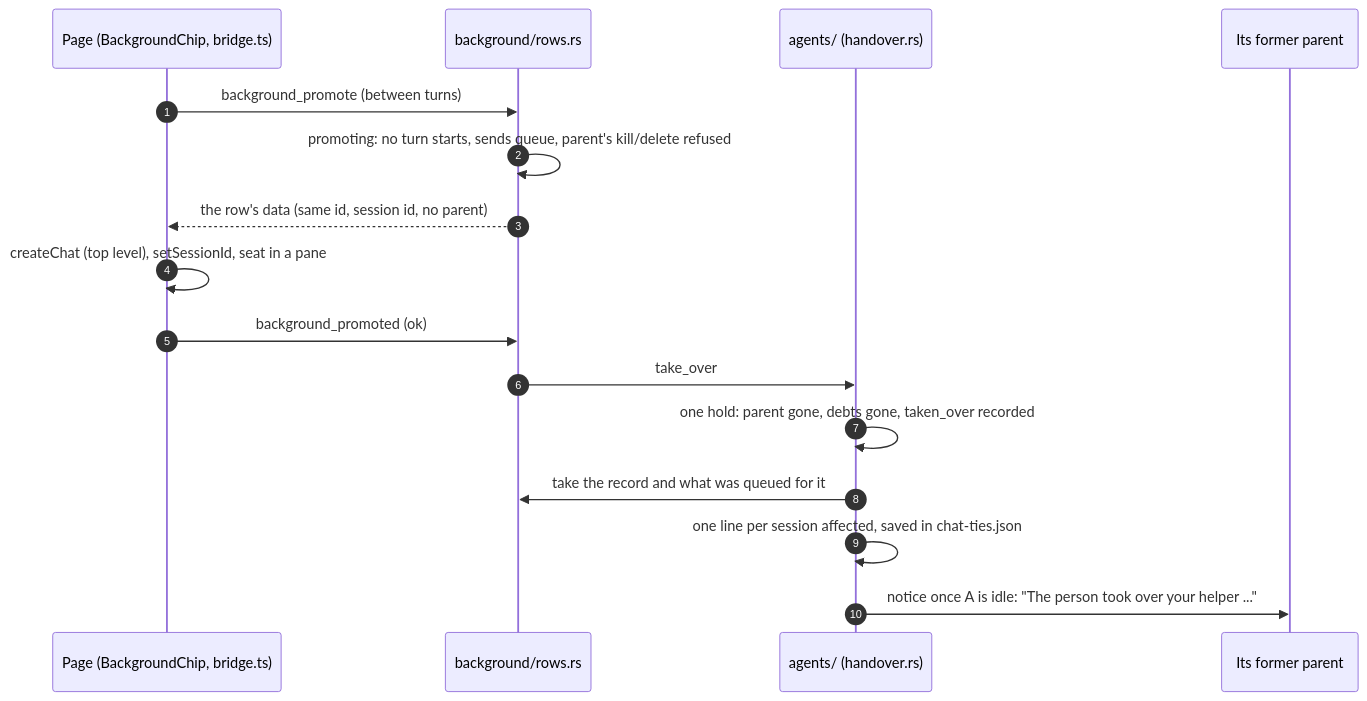
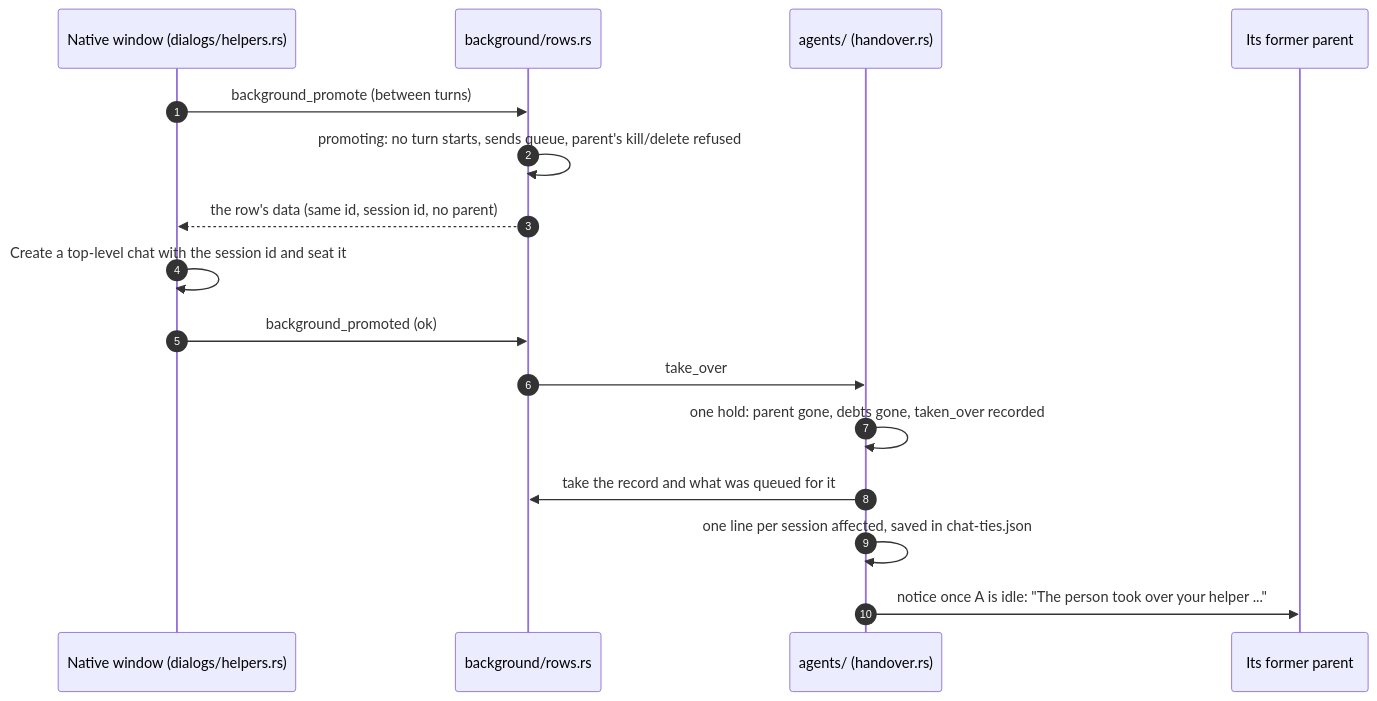
One commit to nrubinmosin/luna changed the third of 3 diagrams in docs/architecture/overview.md. Above: the diagram before and after it, drawn with Mermaid. The commit also changed other lines of this file and 33 other files, not shown here.

First line of the commit message:
Document Luna's native window and Rust build

````diff
--- a/docs/architecture/overview.md
+++ b/docs/architecture/overview.md
@@ -145,19 +145,19 @@
 ```mermaid
 sequenceDiagram
   autonumber
-  participant P as Page (BackgroundChip, bridge.ts)
+  participant P as Native window (dialogs/helpers.rs)
   participant B as background/rows.rs
   participant R as agents/ (handover.rs)
   participant A as Its former parent
 
   P->>B: background_promote (between turns)
   B->>B: promoting: no turn starts, sends queue, parent's kill/delete refused
   B-->>P: the row's data (same id, session id, no parent)
-  P->>P: createChat (top level), setSessionId, seat in a pane
+  P->>P: Create a top-level chat with the session id and seat it
   P->>B: background_promoted (ok)
   B->>R: take_over
   R->>R: one hold: parent gone, debts gone, taken_over recorded
   R->>B: take the record and what was queued for it
   R->>R: one line per session affected, saved in chat-ties.json
   R->>A: notice once A is idle: "The person took over your helper ..."
 ```
````
